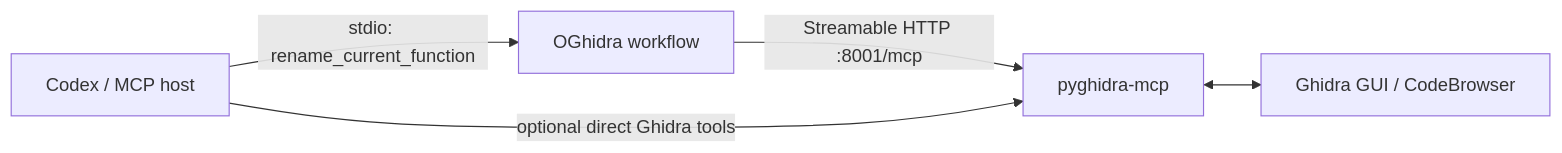
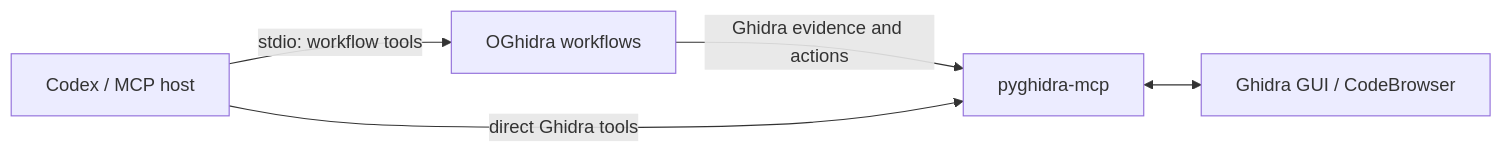
The diagram in README.md (llnl/OGhidra), drawn with Mermaid before and after one commit. The commit also changed other lines of this file, not shown here.

Commit message:
Describe OGhidra's broader capabilities

````diff
--- a/README.md
+++ b/README.md
@@ -10,7 +27,7 @@
 ```mermaid
 flowchart LR
-    Host["Codex / MCP host"] -->|"stdio: rename_current_function"| OG["OGhidra workflow"]
-    OG -->|"Streamable HTTP :8001/mcp"| Py["pyghidra-mcp"]
-    Host -->|"optional direct Ghidra tools"| Py
+    Host["Codex / MCP host"] -->|"stdio: workflow tools"| OG["OGhidra workflows"]
+    OG -->|"Ghidra evidence and actions"| Py["pyghidra-mcp"]
+    Host -->|"direct Ghidra tools"| Py
     Py <--> GUI["Ghidra GUI / CodeBrowser"]
 ```
````
